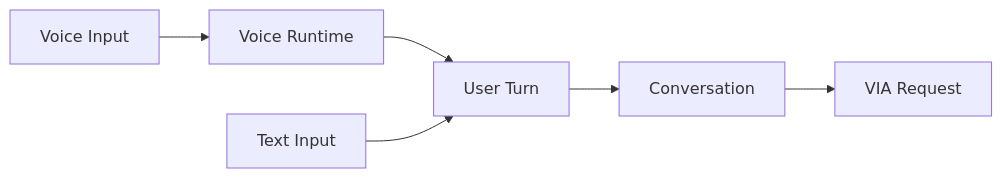
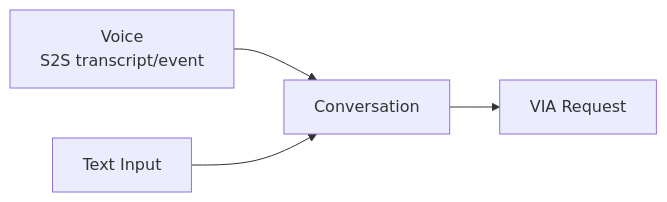
The third of 5 diagrams in docs/rebaseline/04-canonical-interaction-flow.md (cbyche/via-sw-architecture), drawn with Mermaid before and after one commit. The commit also changed other lines of this file, not shown here.

Commit message:
docs: rework canonical flow around task relation and handling

````diff
--- a/docs/rebaseline/04-canonical-interaction-flow.md
+++ b/docs/rebaseline/04-canonical-interaction-flow.md
@@ -112,7 +161,6 @@
 ```mermaid
 flowchart LR
-    V["Voice Input"] --> VR["Voice Runtime"] --> T["User Turn"]
-    X["Text Input"] --> T
-    T --> C["Conversation"]
+    V["Voice<br/>S2S transcript/event"] --> C["Conversation"]
+    T["Text Input"] --> C
     C --> R["VIA Request"]
 ```
````
